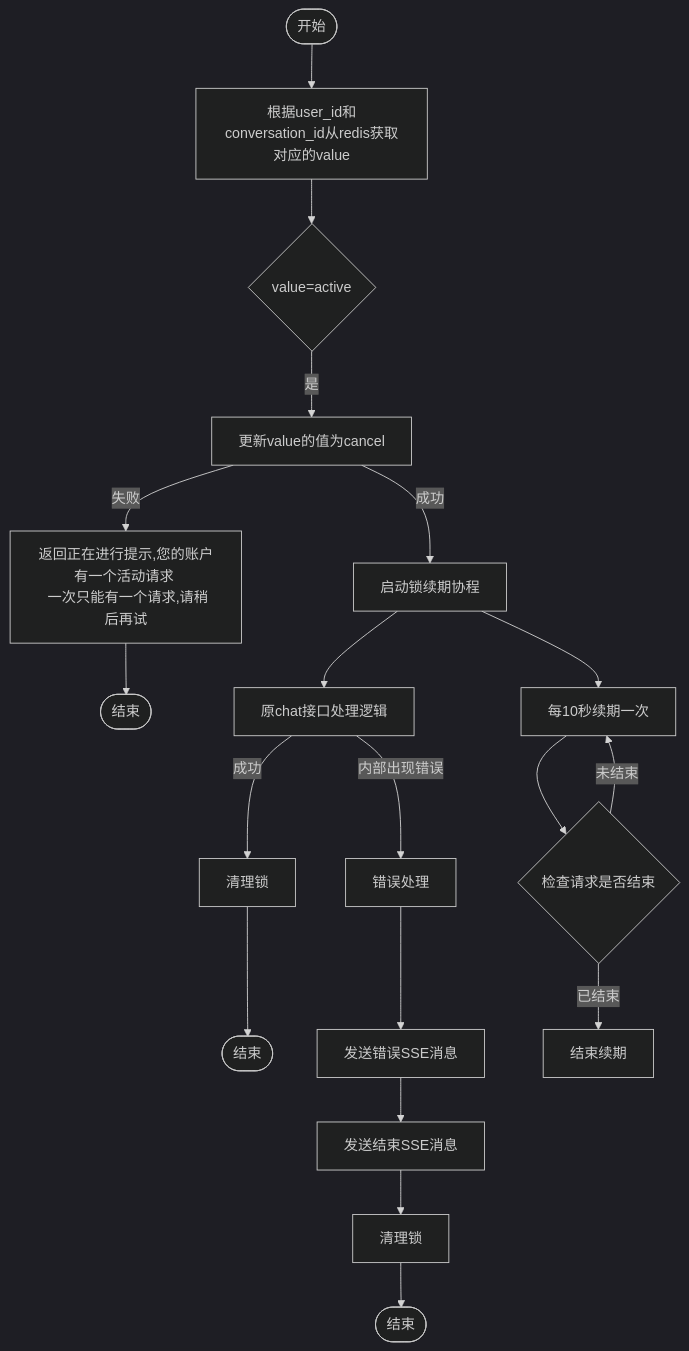
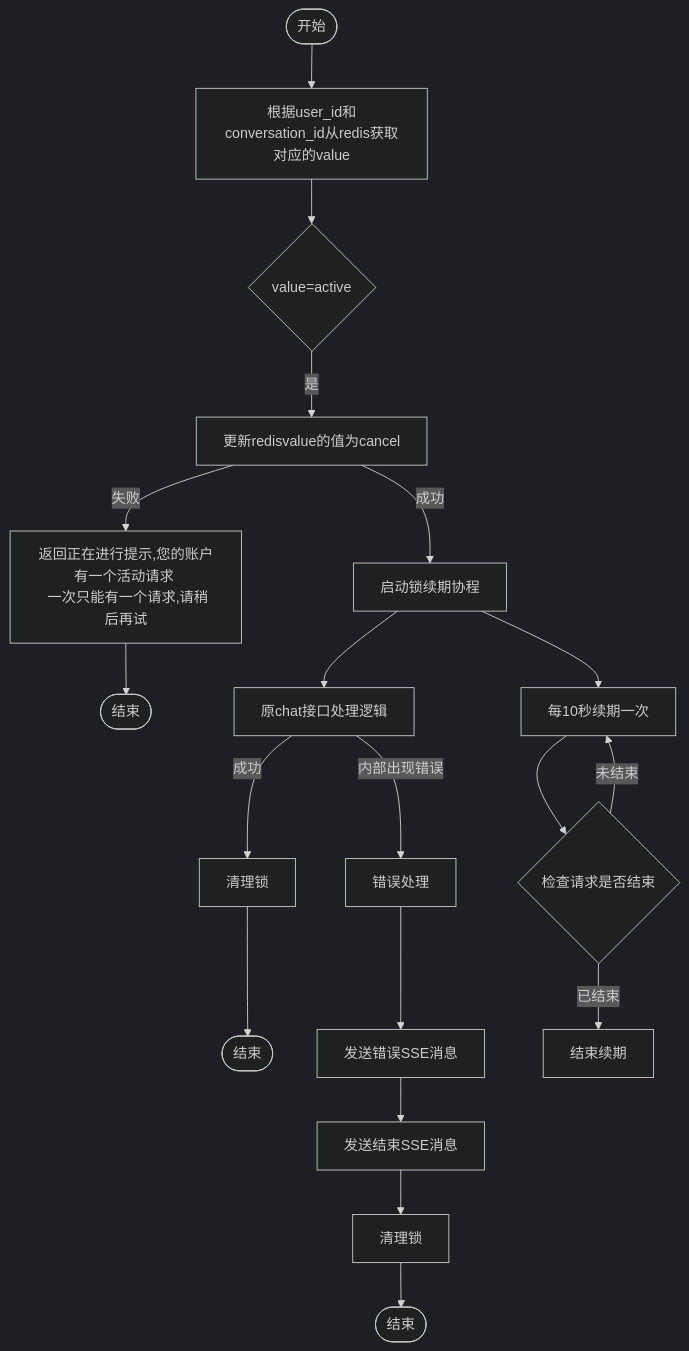
One commit to yingjianzh/iodraw-files changed the diagram in all/未命名-20.md. Above: the diagram before and after it, drawn with Mermaid (dark theme).

Commit message:
2025-02-05 16:22:26 update

````diff
--- a/all/未命名-20.md
+++ b/all/未命名-20.md
@@ -1,30 +1,30 @@
 ```mermaid
 flowchart TD
     Start([开始]) --> A[根据user_id和conversation_id从redis获取对应的value]
     A --> B{value=active}
-    B --> |是| C[更新value的值为cancel]
+    B --> |是| C[更新redisvalue的值为cancel]
     
     C -->|失败| D[返回正在进行提示,您的账户有一个活动请求 \n 一次只能有一个请求,请稍后再试]
     D --> End1([结束])
     
     C -->|成功| E[启动锁续期协程]
     E --> F[原chat接口处理逻辑]
     
     F -->|内部出现错误| G[错误处理]
      %% 正常结束流程
     F -->|成功| N[清理锁]
     N --> End3([结束])
     
     %% 错误处理流程
     G --> K[发送错误SSE消息]
     K --> L[发送结束SSE消息]
     L --> M[清理锁]
     M --> End2([结束])
     
     %% 锁续期协程
     E --> O[每10秒续期一次]
     O --> P{检查请求是否结束}
     P -->|未结束| O
     P -->|已结束| Q[结束续期]
 
 ```
````
